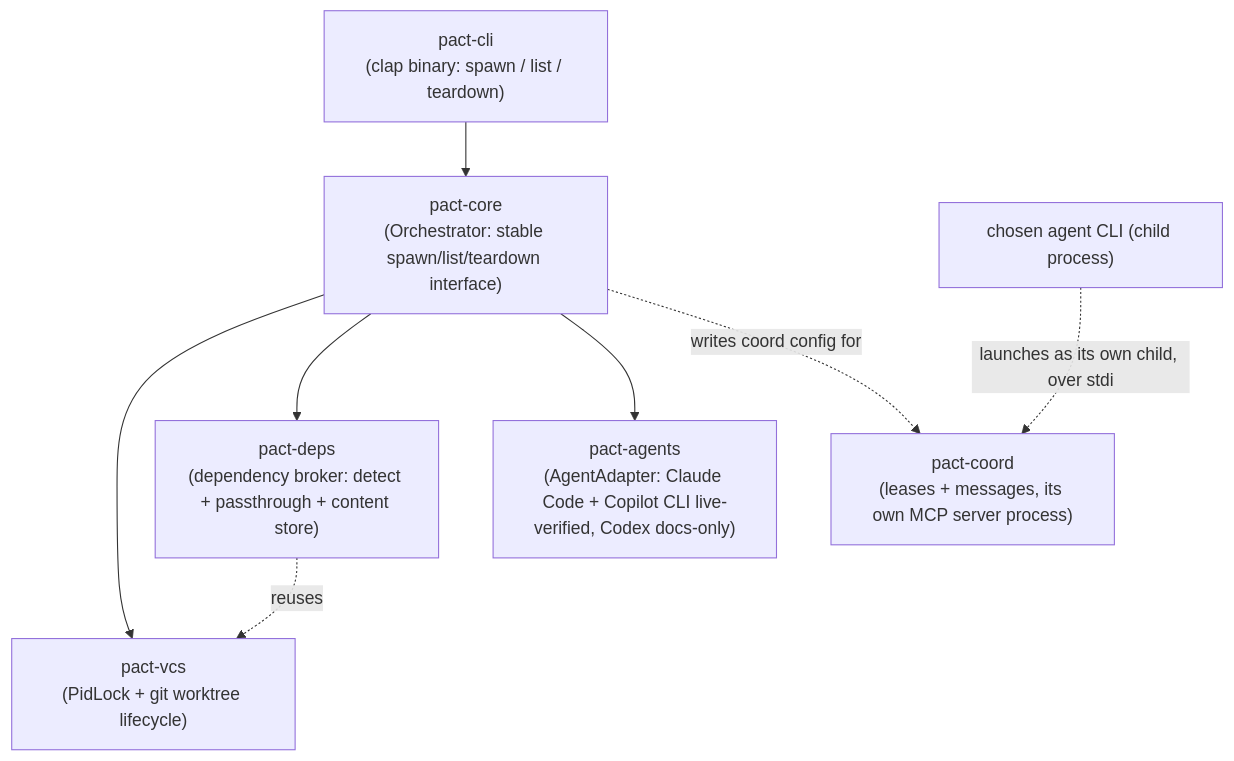
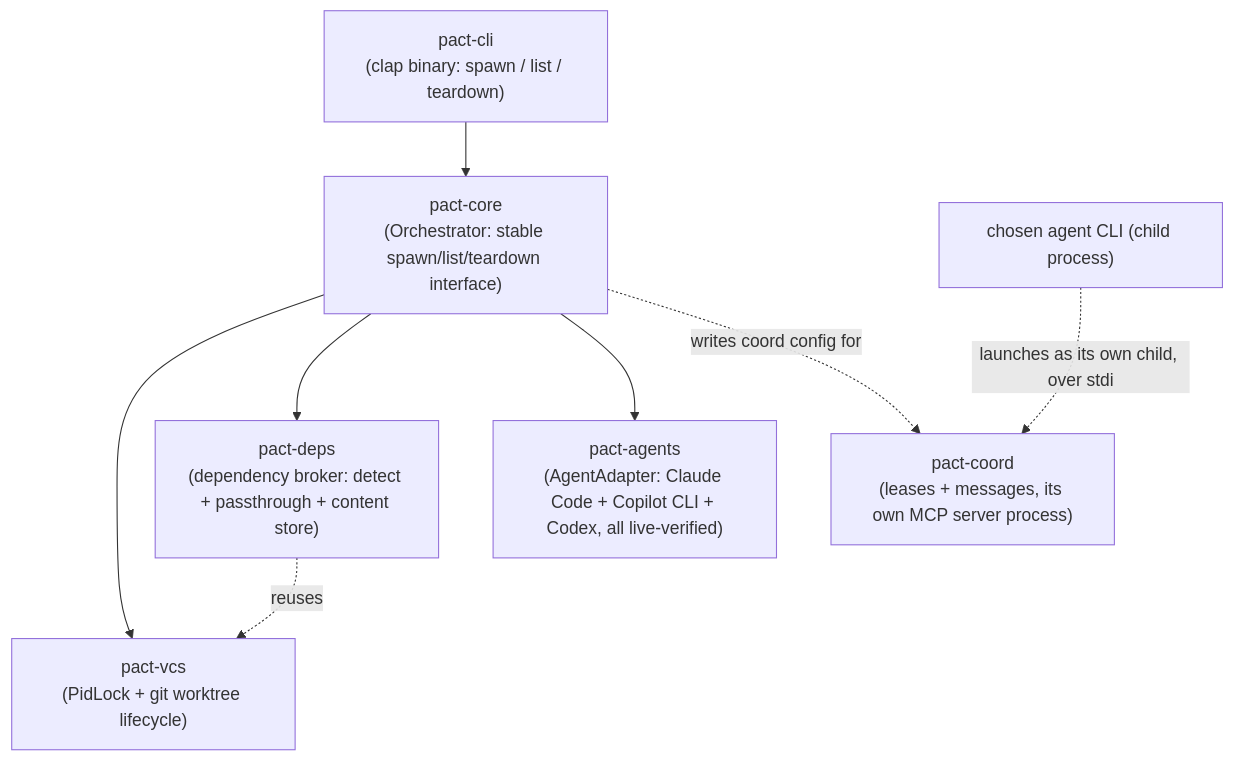
One commit to zekariasasaminew/pact changed the first of 3 diagrams in README.md. Above: the diagram before and after it, drawn with Mermaid. The commit also changed other lines of this file, not shown here.

First line of the commit message:
Document Codex as live-verified, closes #1

````diff
--- a/README.md
+++ b/README.md
@@ -221,17 +231,17 @@
 ```mermaid
 graph TD
     CLI["pact-cli<br/>(clap binary: spawn / list / teardown)"]
     Core["pact-core<br/>(Orchestrator: stable spawn/list/teardown interface)"]
     VCS["pact-vcs<br/>(PidLock + git worktree lifecycle)"]
     Deps["pact-deps<br/>(dependency broker: detect + passthrough + content store)"]
-    Agents["pact-agents<br/>(AgentAdapter: Claude Code + Copilot CLI live-verified, Codex docs-only)"]
+    Agents["pact-agents<br/>(AgentAdapter: Claude Code + Copilot CLI + Codex, all live-verified)"]
     Coord["pact-coord<br/>(leases + messages, its own MCP server process)"]
 
     CLI --> Core
     Core --> VCS
     Core --> Deps
     Core --> Agents
     Deps -.reuses.-> VCS
     Core -.writes coord config for.-> Coord
     Agent2["chosen agent CLI (child process)"] -.launches as its own child, over stdio.-> Coord
 ```
````
